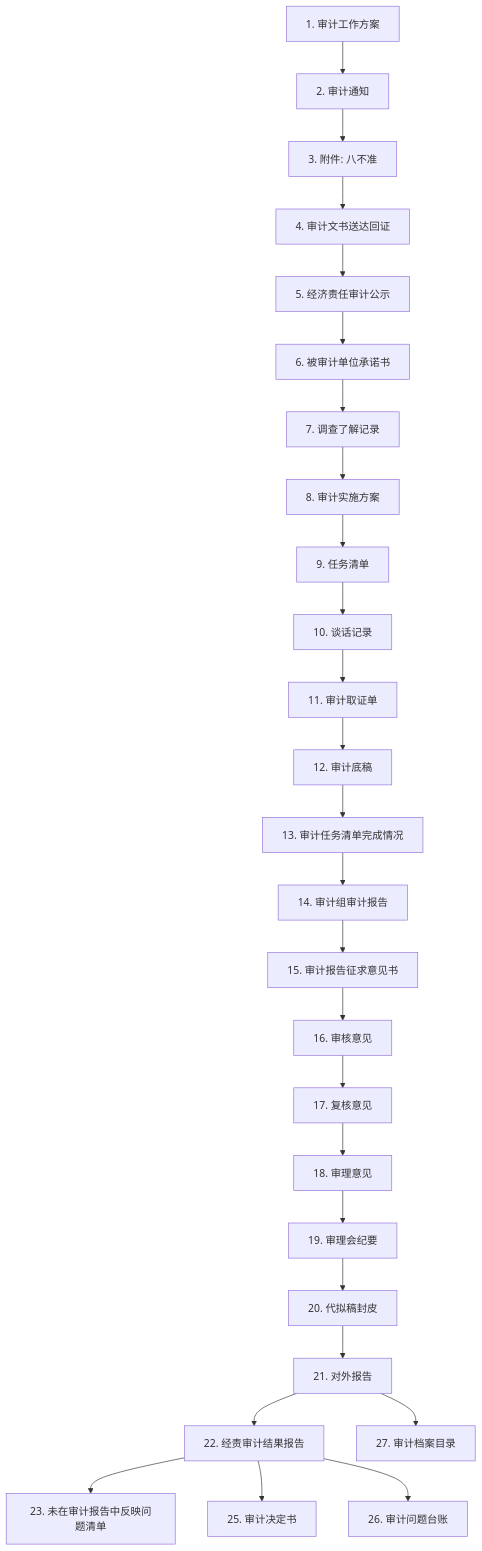
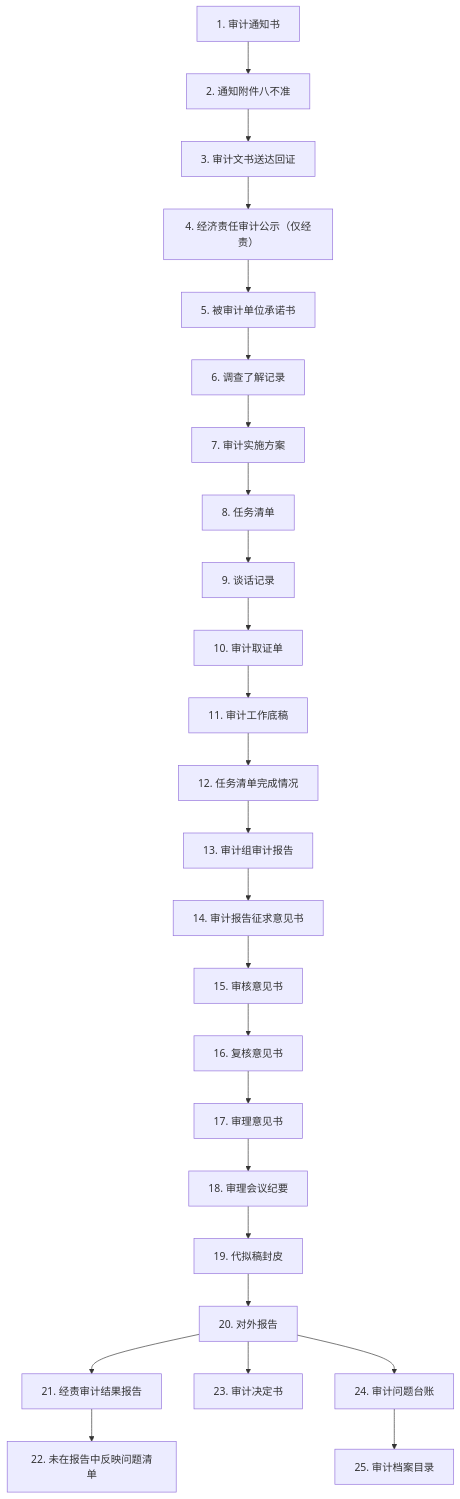
The diagram in 审计流程-重新设计.md (robin202301/audit-win), drawn with Mermaid before and after one commit. The commit also changed other lines of this file and 67 other files, not shown here.

````diff
--- a/审计流程-重新设计.md
+++ b/审计流程-重新设计.md
@@ -5,28 +11,27 @@
 ```mermaid
 graph TD
-    S1["1. 审计工作方案"] --> S2["2. 审计通知"]
-    S2 --> S3["3. 附件: 八不准"]
-    S3 --> S4["4. 审计文书送达回证"]
-    S4 --> S5["5. 经济责任审计公示"]
-    S5 --> S6["6. 被审计单位承诺书"]
-    S6 --> S7["7. 调查了解记录"]
-    S7 --> S8["8. 审计实施方案"]
-    S8 --> S9["9. 任务清单"]
-    S9 --> S10["10. 谈话记录"]
-    S10 --> S11["11. 审计取证单"]
-    S11 --> S12["12. 审计底稿"]
-    S12 --> S13["13. 审计任务清单完成情况"]
-    S13 --> S14["14. 审计组审计报告"]
-    S14 --> S15["15. 审计报告征求意见书"]
-    S15 --> S16["16. 审核意见"]
-    S16 --> S17["17. 复核意见"]
-    S17 --> S18["18. 审理意见"]
-    S18 --> S19["19. 审理会纪要"]
-    S19 --> S20["20. 代拟稿封皮"]
-    S20 --> S21["21. 对外报告"]
-    S21 --> S22["22. 经责审计结果报告"]
-    S22 --> S23["23. 未在审计报告中反映问题清单"]
-    S22 --> S24["25. 审计决定书"]
-    S22 --> S26["26. 审计问题台账"]
-    S21 --> S27["27. 审计档案目录"]
+    S1["1. 审计通知书"] --> S2["2. 通知附件八不准"]
+    S2 --> S3["3. 审计文书送达回证"]
+    S3 --> S4["4. 经济责任审计公示（仅经责）"]
+    S4 --> S5["5. 被审计单位承诺书"]
+    S5 --> S6["6. 调查了解记录"]
+    S6 --> S7["7. 审计实施方案"]
+    S7 --> S8["8. 任务清单"]
+    S8 --> S9["9. 谈话记录"]
+    S9 --> S10["10. 审计取证单"]
+    S10 --> S11["11. 审计工作底稿"]
+    S11 --> S12["12. 任务清单完成情况"]
+    S12 --> S13["13. 审计组审计报告"]
+    S13 --> S14["14. 审计报告征求意见书"]
+    S14 --> S15["15. 审核意见书"]
+    S15 --> S16["16. 复核意见书"]
+    S16 --> S17["17. 审理意见书"]
+    S17 --> S18["18. 审理会议纪要"]
+    S18 --> S19["19. 代拟稿封皮"]
+    S19 --> S20["20. 对外报告"]
+    S20 --> S21["21. 经责审计结果报告"]
+    S21 --> S22["22. 未在报告中反映问题清单"]
+    S20 --> S23["23. 审计决定书"]
+    S20 --> S24["24. 审计问题台账"]
+    S24 --> S25["25. 审计档案目录"]
 ```
````
